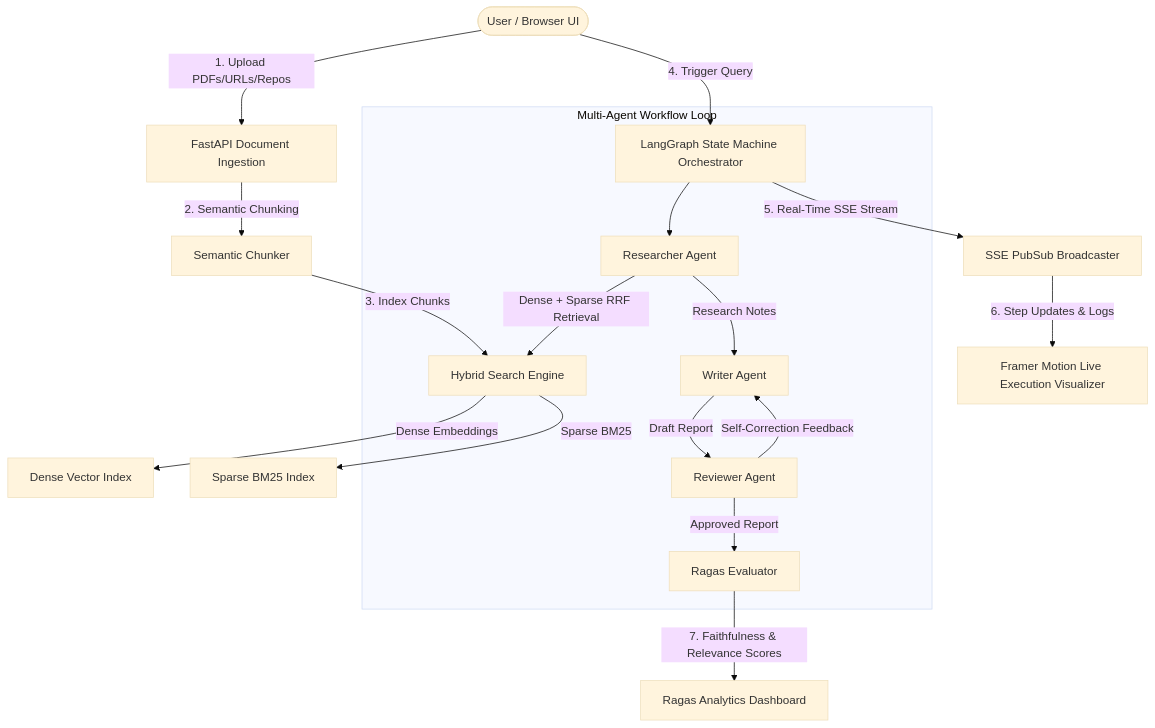
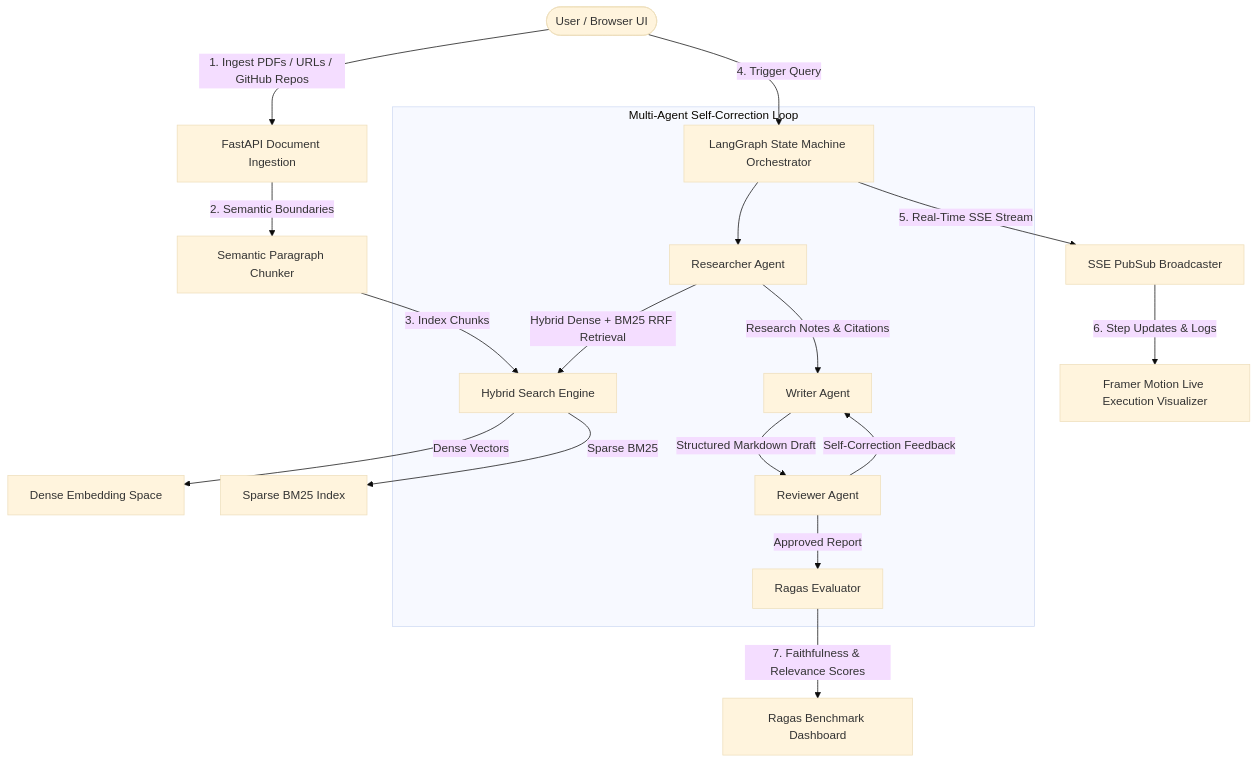
Before and after one commit to FAISALREHMAN-AI/multi-agent-rag-synthesizer: the diagram in README.md, drawn with Mermaid (base theme). The commit also changed other lines of this file, not shown here.

Commit message:
Update README with live Vercel badge and architecture documentation

````diff
--- a/README.md
+++ b/README.md
@@ -9,24 +17,24 @@
 ```mermaid
 graph TD
-    User([User / Browser UI]) -->|1. Upload PDFs/URLs/Repos| FastAPIIngest[FastAPI Document Ingestion]
-    FastAPIIngest -->|2. Semantic Chunking| Chunker[Semantic Chunker]
+    User([User / Browser UI]) -->|1. Ingest PDFs / URLs / GitHub Repos| Ingestion[FastAPI Document Ingestion]
+    Ingestion -->|2. Semantic Boundaries| Chunker[Semantic Paragraph Chunker]
     Chunker -->|3. Index Chunks| HybridEngine[Hybrid Search Engine]
     
-    HybridEngine -->|Dense Embeddings| Qdrant[Dense Vector Index]
+    HybridEngine -->|Dense Vectors| Qdrant[Dense Embedding Space]
     HybridEngine -->|Sparse BM25| BM25[Sparse BM25 Index]
     
     User -->|4. Trigger Query| LangGraph[LangGraph State Machine Orchestrator]
     
-    subgraph Multi-Agent Workflow Loop
+    subgraph Multi-Agent Self-Correction Loop
         LangGraph --> Researcher[Researcher Agent]
-        Researcher -->|Dense + Sparse RRF Retrieval| HybridEngine
-        Researcher -->|Research Notes| Writer[Writer Agent]
-        Writer -->|Draft Report| Reviewer[Reviewer Agent]
+        Researcher -->|Hybrid Dense + BM25 RRF Retrieval| HybridEngine
+        Researcher -->|Research Notes & Citations| Writer[Writer Agent]
+        Writer -->|Structured Markdown Draft| Reviewer[Reviewer Agent]
         Reviewer -->|Self-Correction Feedback| Writer
         Reviewer -->|Approved Report| Evaluator[Ragas Evaluator]
     end
     
     LangGraph -->|5. Real-Time SSE Stream| Stream[SSE PubSub Broadcaster]
     Stream -->|6. Step Updates & Logs| UI[Framer Motion Live Execution Visualizer]
-    Evaluator -->|7. Faithfulness & Relevance Scores| Metrics[Ragas Analytics Dashboard]
+    Evaluator -->|7. Faithfulness & Relevance Scores| Metrics[Ragas Benchmark Dashboard]
 ```
````
